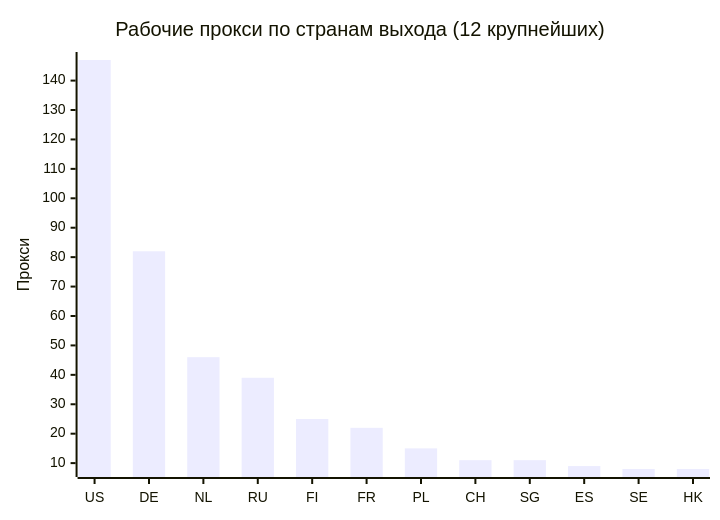
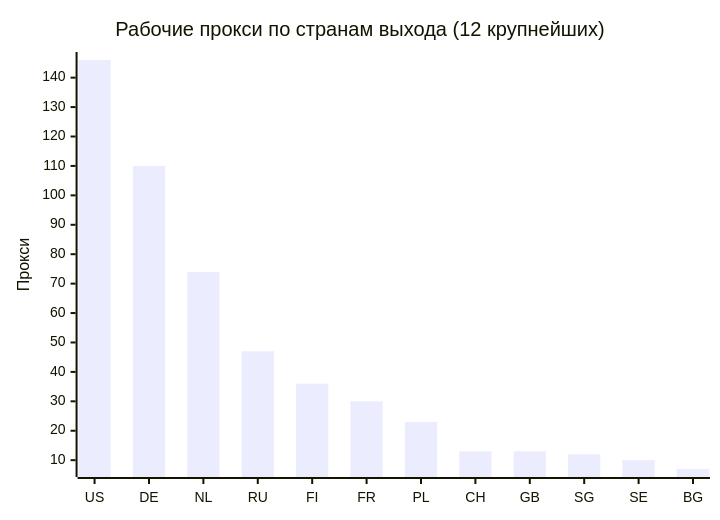
The second of 4 diagrams in README.md (rvvg/proxy-subs), drawn with Mermaid before and after one commit. The commit also changed other lines of this file and 49 other files, not shown here.

````diff
--- a/README.md
+++ b/README.md
@@ -120,7 +131,7 @@
 ```mermaid
 xychart-beta
     title "Рабочие прокси по странам выхода (12 крупнейших)"
-    x-axis ["US", "DE", "NL", "RU", "FI", "FR", "PL", "CH", "SG", "ES", "SE", "HK"]
+    x-axis ["US", "DE", "NL", "RU", "FI", "FR", "PL", "CH", "GB", "SG", "SE", "BG"]
     y-axis "Прокси"
-    bar [147, 82, 46, 39, 25, 22, 15, 11, 11, 9, 8, 8]
+    bar [146, 110, 74, 47, 36, 30, 23, 13, 13, 12, 10, 7]
 ```
````
